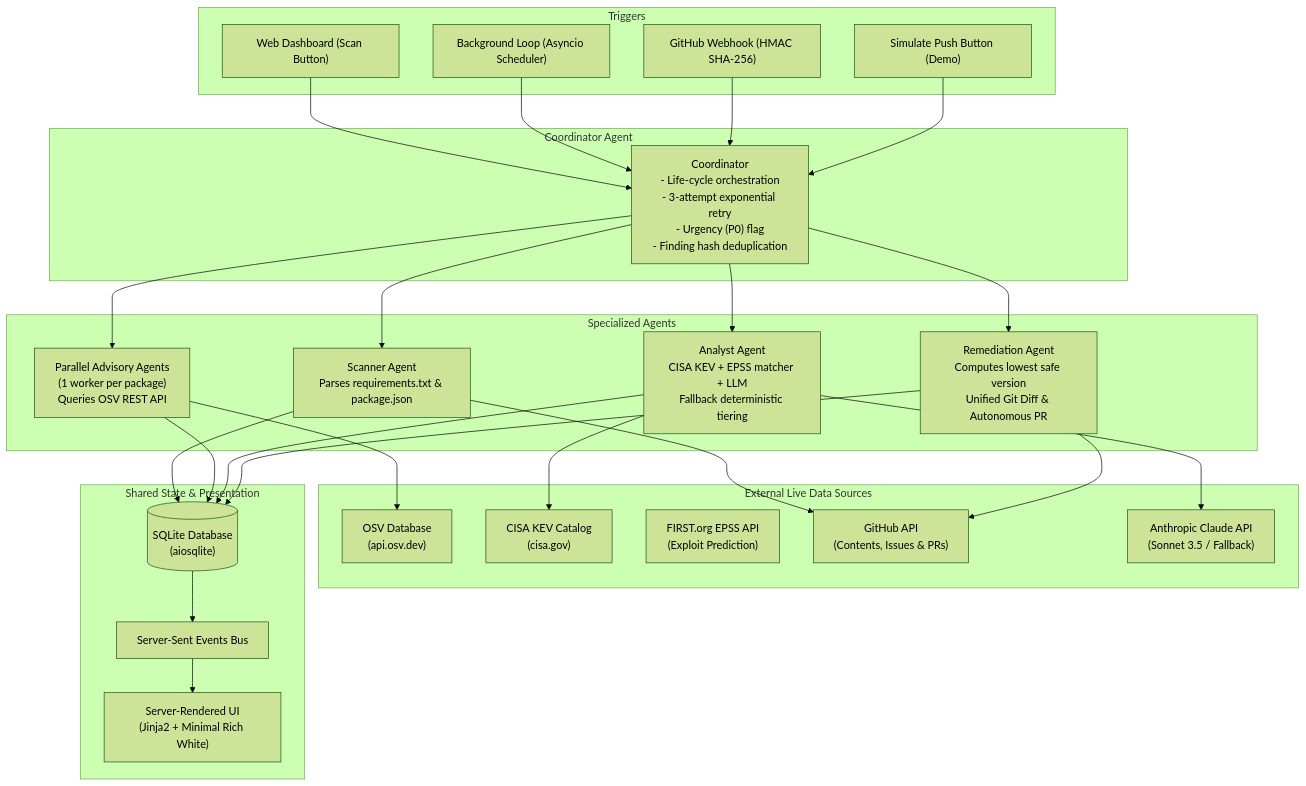
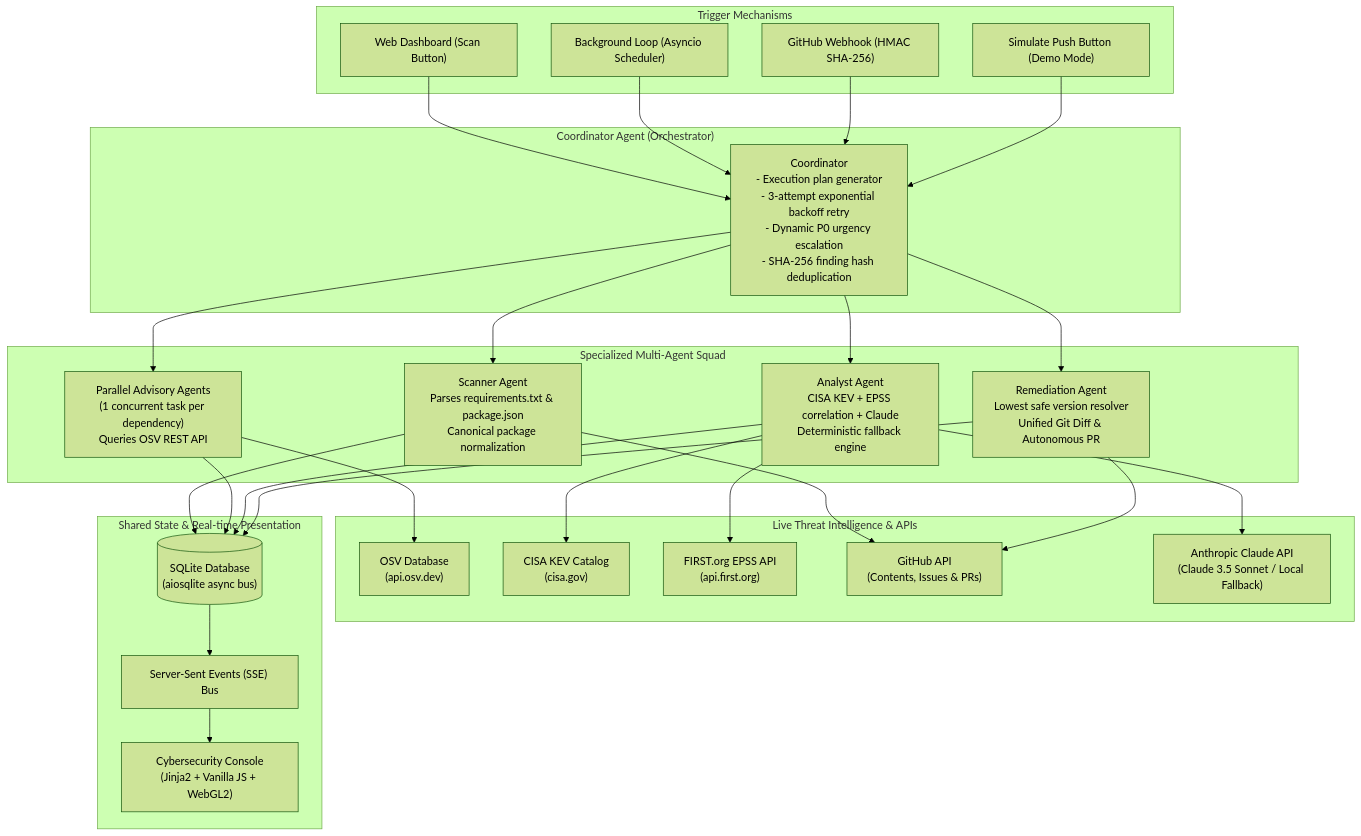
Before and after one commit to TARUN-AM/TroubleMakers: the first of 2 diagrams in README.md, drawn with Mermaid (forest theme). The commit also changed other lines of this file, not shown here.

Commit message:
Update README with detailed Problem, Solution, Architecture and Workflow

````diff
--- a/README.md
+++ b/README.md
@@ -16,59 +39,60 @@
 ```mermaid
 flowchart TD
-    subgraph Triggers ["Triggers"]
+    subgraph Triggers ["Trigger Mechanisms"]
         T1["Web Dashboard (Scan Button)"]
         T2["Background Loop (Asyncio Scheduler)"]
         T3["GitHub Webhook (HMAC SHA-256)"]
-        T4["Simulate Push Button (Demo)"]
+        T4["Simulate Push Button (Demo Mode)"]
     end
 
-    subgraph CoordinatorModule ["Coordinator Agent"]
-        C["Coordinator\n- Life-cycle orchestration\n- 3-attempt exponential retry\n- Urgency (P0) flag\n- Finding hash deduplication"]
+    subgraph CoordinatorModule ["Coordinator Agent (Orchestrator)"]
+        C["Coordinator\n- Execution plan generator\n- 3-attempt exponential backoff retry\n- Dynamic P0 urgency escalation\n- SHA-256 finding hash deduplication"]
     end
 
-    subgraph Agents ["Specialized Agents"]
-        SC["Scanner Agent\nParses requirements.txt & package.json"]
-        AD["Parallel Advisory Agents\n(1 worker per package)\nQueries OSV REST API"]
-        AN["Analyst Agent\nCISA KEV + EPSS matcher + LLM\nFallback deterministic tiering"]
-        RM["Remediation Agent\nComputes lowest safe version\nUnified Git Diff & Autonomous PR"]
+    subgraph Agents ["Specialized Multi-Agent Squad"]
+        SC["Scanner Agent\nParses requirements.txt & package.json\nCanonical package normalization"]
+        AD["Parallel Advisory Agents\n(1 concurrent task per dependency)\nQueries OSV REST API"]
+        AN["Analyst Agent\nCISA KEV + EPSS correlation + Claude\nDeterministic fallback engine"]
+        RM["Remediation Agent\nLowest safe version resolver\nUnified Git Diff & Autonomous PR"]
     end
 
-    subgraph DataSources ["External Live Data Sources"]
+    subgraph DataSources ["Live Threat Intelligence & APIs"]
         OSV["OSV Database\n(api.osv.dev)"]
         KEV["CISA KEV Catalog\n(cisa.gov)"]
-        EPSS["FIRST.org EPSS API\n(Exploit Prediction)"]
+        EPSS["FIRST.org EPSS API\n(api.first.org)"]
         GH["GitHub API\n(Contents, Issues & PRs)"]
-        LLM["Anthropic Claude API\n(Sonnet 3.5 / Fallback)"]
+        LLM["Anthropic Claude API\n(Claude 3.5 Sonnet / Local Fallback)"]
     end
 
-    subgraph StorageStream ["Shared State & Presentation"]
-        DB[("SQLite Database\n(aiosqlite)")]
-        SSE["Server-Sent Events Bus"]
-        UI["Server-Rendered UI\n(Jinja2 + Minimal Rich White)"]
+    subgraph StorageStream ["Shared State & Real-time Presentation"]
+        DB[("SQLite Database\n(aiosqlite async bus)")]
+        SSE["Server-Sent Events (SSE) Bus"]
+        UI["Cybersecurity Console\n(Jinja2 + Vanilla JS + WebGL2)"]
     end
 
     T1 --> C
     T2 --> C
     T3 --> C
     T4 --> C
 
     C --> SC
     SC --> GH
     SC --> DB
 
     C --> AD
     AD --> OSV
     AD --> DB
 
     C --> AN
     AN --> KEV
+    AN --> EPSS
     AN --> LLM
     AN --> DB
 
     C --> RM
     RM --> GH
     RM --> DB
 
     DB --> SSE
     SSE --> UI
 ```
````
